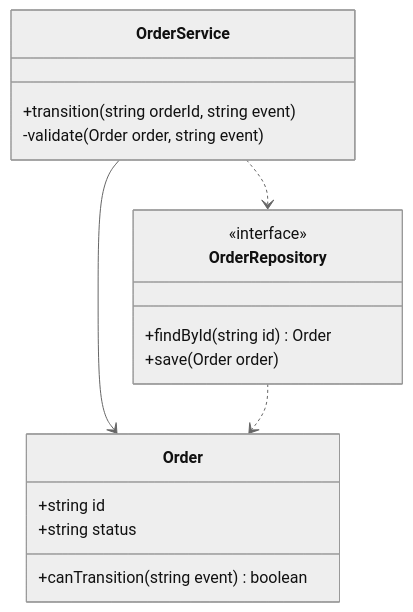
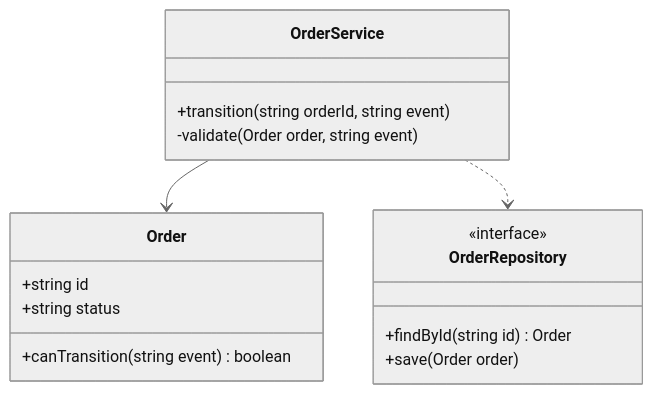
One commit to chialinglu21/AIxBDD changed the diagram in .claude/skills/plan-with-class-diagram/templates/class-diagram.example.md. Above: the diagram before and after it, drawn with Mermaid (neutral theme). The commit also changed other lines of this file and 4 other files, not shown here.

````diff
--- a/.claude/skills/plan-with-class-diagram/templates/class-diagram.example.md
+++ b/.claude/skills/plan-with-class-diagram/templates/class-diagram.example.md
@@ -5,20 +5,19 @@
 ```mermaid
 classDiagram
   class OrderService {
     +transition(string orderId, string event)
     -validate(Order order, string event)
   }
   class Order {
     +string id
     +string status
     +canTransition(string event) boolean
   }
   class OrderRepository {
     <<interface>>
     +findById(string id) Order
     +save(Order order)
   }
   OrderService --> Order
   OrderService ..> OrderRepository
-  OrderRepository ..> Order
 ```
````
